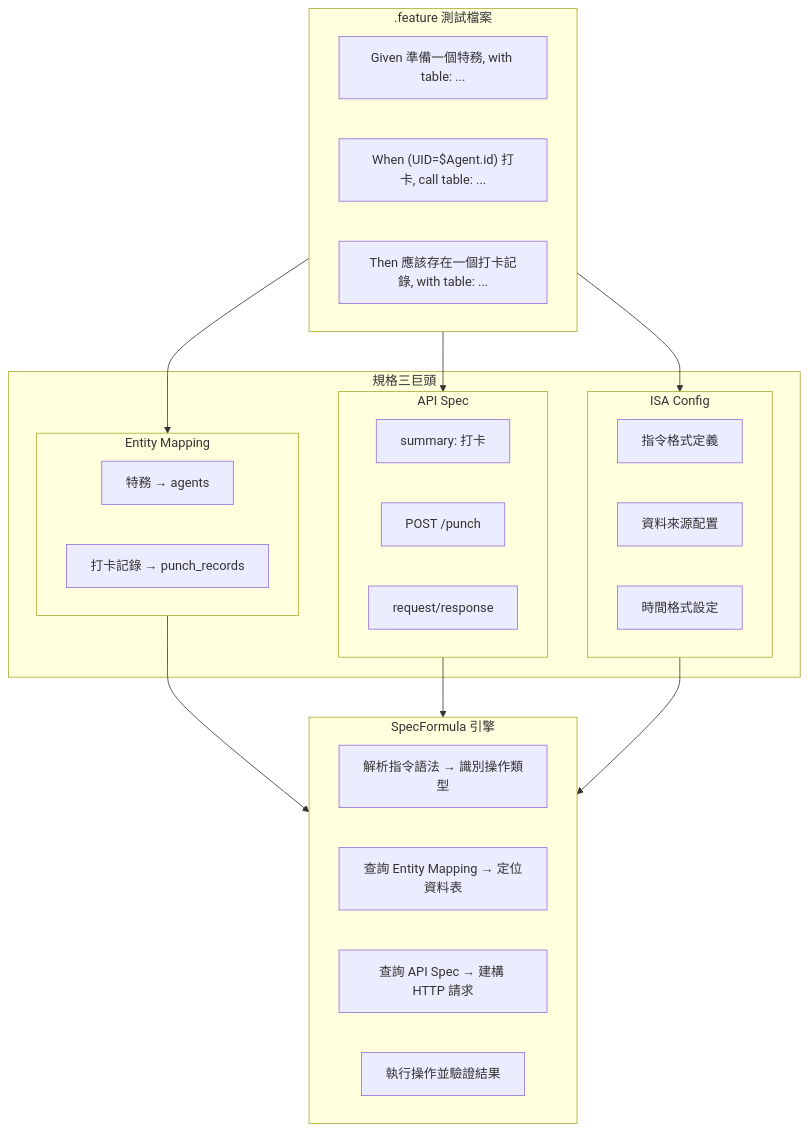
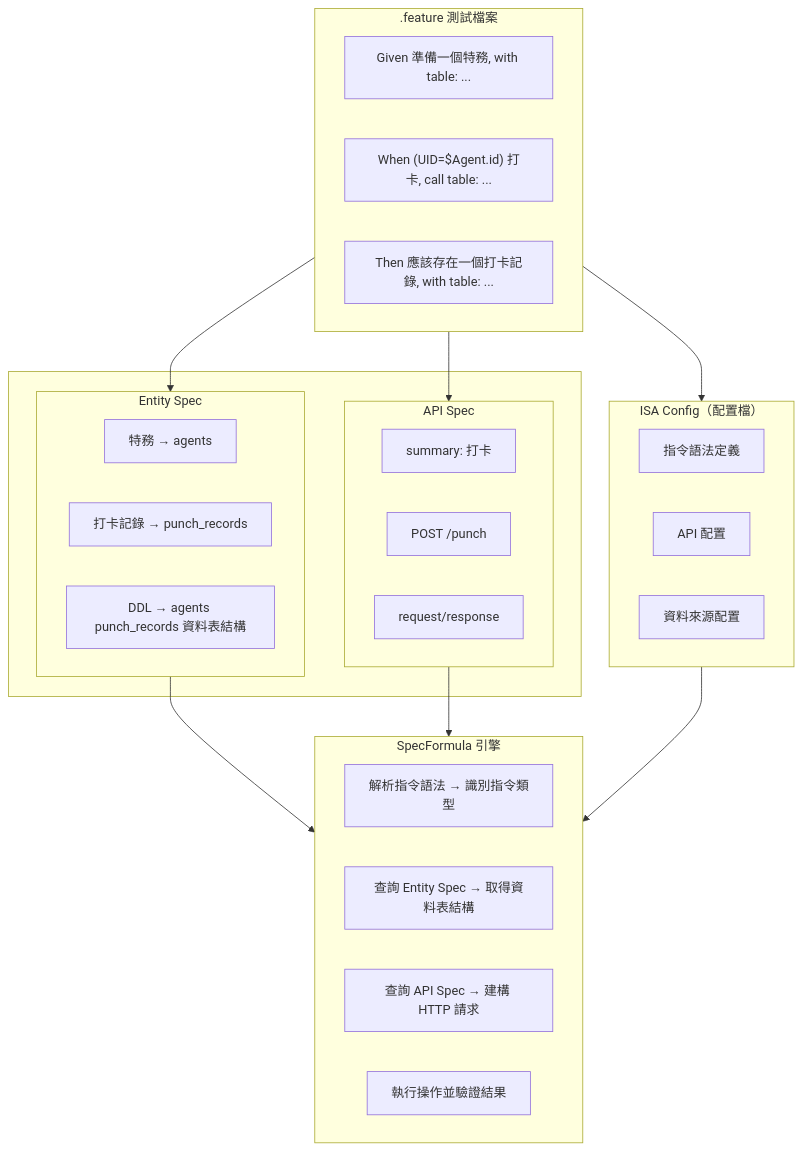
One commit to SpecFormula/specformula-docs changed the diagram in content/docs/gherkin/isa/backend/three-specs.mdx. Above: the diagram before and after it, drawn with Mermaid. The commit also changed other lines of this file and 1 other file, not shown here.

First line of the commit message:
docs: restructure three-specs to Feature + API Spec + Entity Spec

````diff
--- a/content/docs/gherkin/isa/backend/three-specs.mdx
+++ b/content/docs/gherkin/isa/backend/three-specs.mdx
@@ -16,39 +16,41 @@
 ```mermaid
 flowchart TB
     subgraph Feature[".feature 測試檔案"]
         F1["Given 準備一個特務, with table: ..."]
         F2["When (UID=$Agent.id) 打卡, call table: ..."]
         F3["Then 應該存在一個打卡記錄, with table: ..."]
     end
 
-    subgraph Specs["規格三巨頭"]
-        subgraph EM["Entity Mapping"]
-            EM1["特務 → agents"]
-            EM2["打卡記錄 → punch_records"]
-        end
+    subgraph Specs[" "]
         subgraph API["API Spec"]
             API1["summary: 打卡"]
             API2["POST /punch"]
             API3["request/response"]
         end
-        subgraph ISA["ISA Config"]
-            ISA1["指令格式定義"]
-            ISA2["資料來源配置"]
-            ISA3["時間格式設定"]
+        subgraph EM["Entity Spec"]
+            EM1["特務 → agents"]
+            EM2["打卡記錄 → punch_records"]
+            DDL["DDL → agents punch_records 資料表結構"]
         end
     end
 
+    subgraph ISA["ISA Config（配置檔）"]
+        ISA1["指令語法定義"]
+        ISA2["API 配置"]
+        ISA3["資料來源配置"]
+    end
+
     subgraph Engine["SpecFormula 引擎"]
-        E1["解析指令語法 → 識別操作類型"]
-        E2["查詢 Entity Mapping → 定位資料表"]
+        E1["解析指令語法 → 識別指令類型"]
+        E2["查詢 Entity Spec → 取得資料表結構"]
         E3["查詢 API Spec → 建構 HTTP 請求"]
         E4["執行操作並驗證結果"]
     end
 
     Feature --> EM
     Feature --> API
     Feature --> ISA
     EM --> Engine
     API --> Engine
     ISA --> Engine
 ```
````
